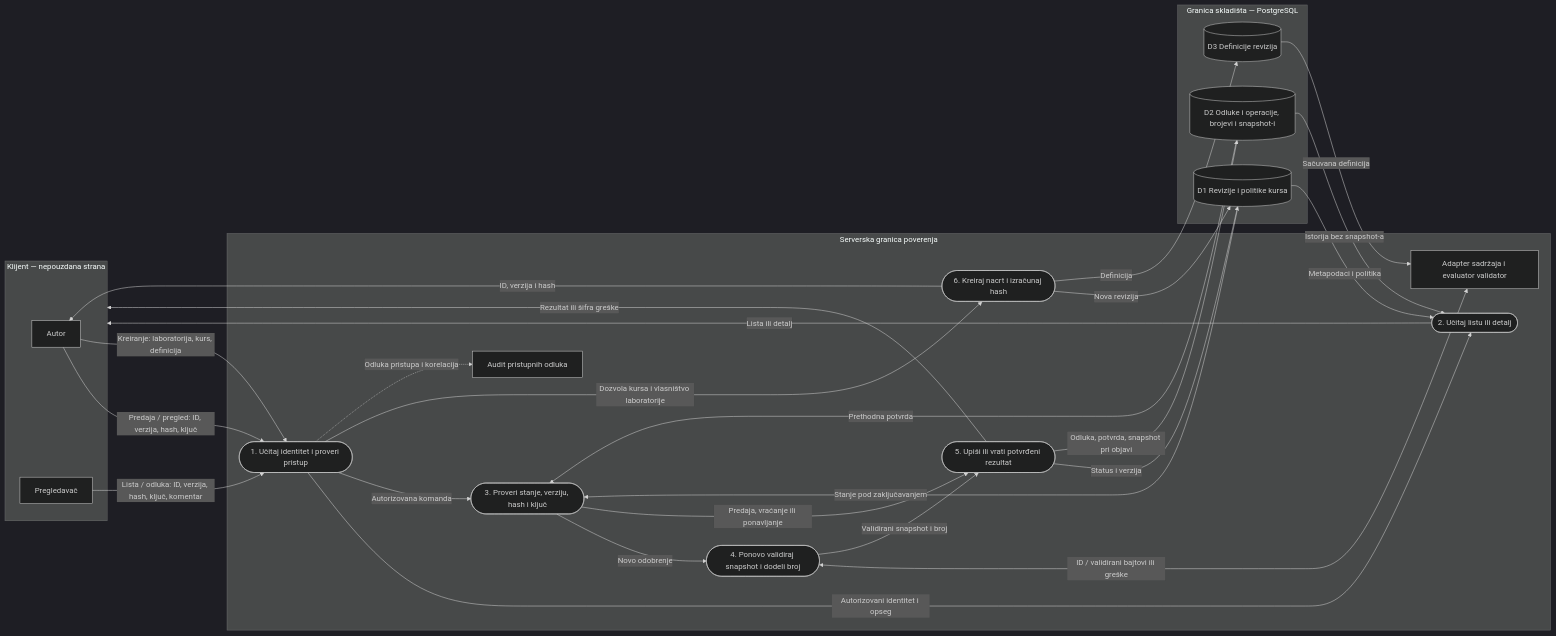
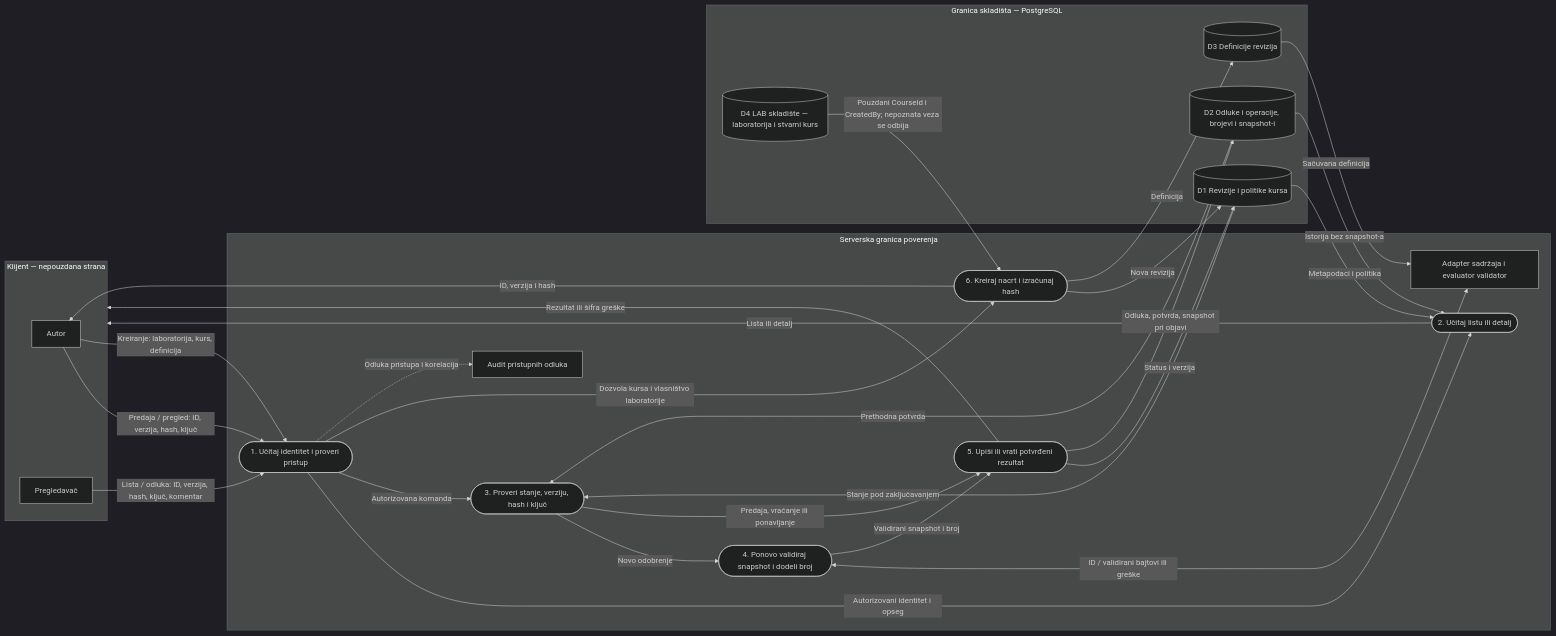
Before and after one commit to djufa762x39/security-lab: the second of 2 diagrams in docs/components/REV-05-use-cases-api.md, drawn with Mermaid (dark theme). The commit also changed other lines of this file and 17 other files, not shown here.

````diff
--- a/docs/components/REV-05-use-cases-api.md
+++ b/docs/components/REV-05-use-cases-api.md
@@ -27,45 +27,47 @@
 ```mermaid
 flowchart LR
     subgraph C["Klijent — nepouzdana strana"]
         A["Autor"]
         R["Pregledavač"]
     end
     subgraph S["Serverska granica poverenja"]
         P1(["1. Učitaj identitet i proveri pristup"])
         P2(["2. Učitaj listu ili detalj"])
         P3(["3. Proveri stanje, verziju, hash i ključ"])
         P4(["4. Ponovo validiraj snapshot i dodeli broj"])
         P5(["5. Upiši ili vrati potvrđeni rezultat"])
         P6(["6. Kreiraj nacrt i izračunaj hash"])
         V["Adapter sadržaja i evaluator validator"]
         X["Audit pristupnih odluka"]
     end
     subgraph DB["Granica skladišta — PostgreSQL"]
         D1[("D1 Revizije i politike kursa")]
         D2[("D2 Odluke i operacije, brojevi i snapshot-i")]
         D3[("D3 Definicije revizija")]
+        D4[("D4 LAB skladište — laboratorija i stvarni kurs")]
     end
     A -->|"Predaja / pregled: ID, verzija, hash, ključ"| P1
     A -->|"Kreiranje: laboratorija, kurs, definicija"| P1
     R -->|"Lista / odluka: ID, verzija, hash, ključ, komentar"| P1
     P1 -->|"Autorizovani identitet i opseg"| P2
     P1 -->|"Autorizovana komanda"| P3
     P1 -->|"Dozvola kursa i vlasništvo laboratorije"| P6
+    D4 -->|"Pouzdani CourseId i CreatedBy; nepoznata veza se odbija"| P6
     P6 -->|"Nova revizija"| D1
     P6 -->|"Definicija"| D3
     P6 -->|"ID, verzija i hash"| A
     P1 -.->|"Odluka pristupa i korelacija"| X
     D1 -->|"Metapodaci i politika"| P2
     D2 -->|"Istorija bez snapshot-a"| P2
     D1 -->|"Stanje pod zaključavanjem"| P3
     D2 -->|"Prethodna potvrda"| P3
     P3 -->|"Novo odobrenje"| P4
     P4 <-->|"ID / validirani bajtovi ili greške"| V
     D3 -->|"Sačuvana definicija"| V
     P3 -->|"Predaja, vraćanje ili ponavljanje"| P5
     P4 -->|"Validirani snapshot i broj"| P5
     P5 -->|"Status i verzija"| D1
     P5 -->|"Odluka, potvrda, snapshot pri objavi"| D2
     P2 -->|"Lista ili detalj"| C
     P5 -->|"Rezultat ili šifra greške"| C
 ```
````
